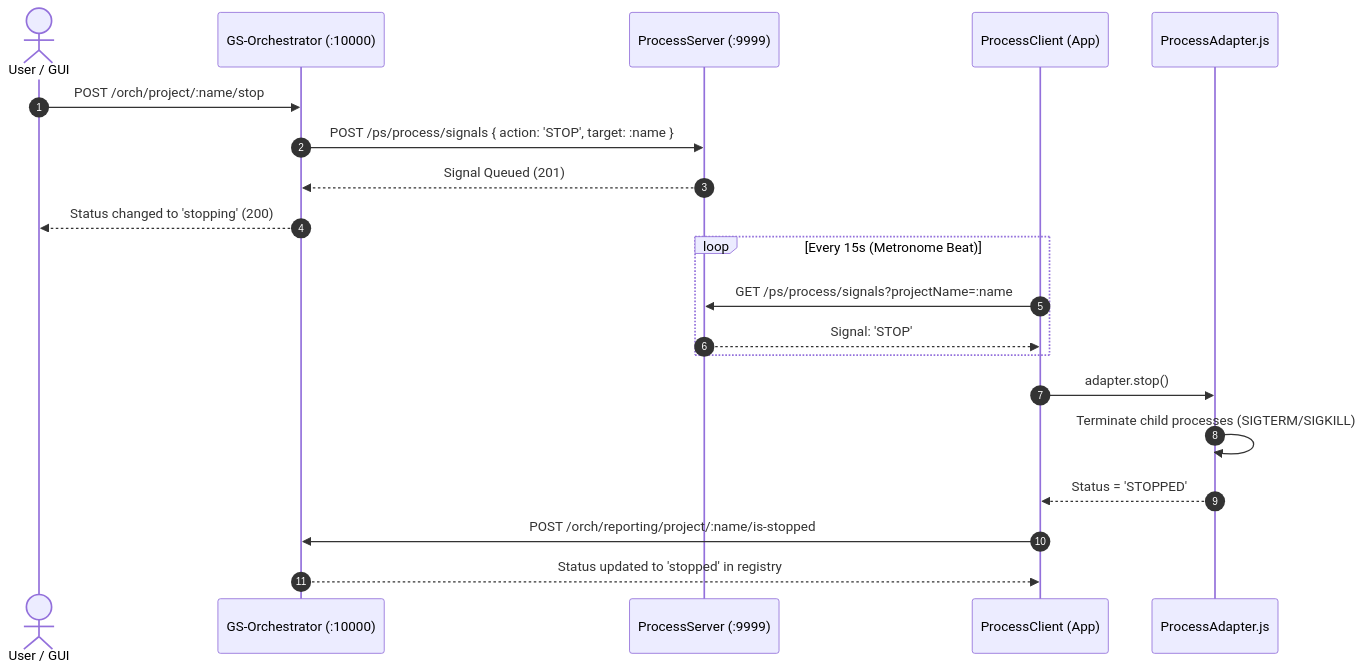
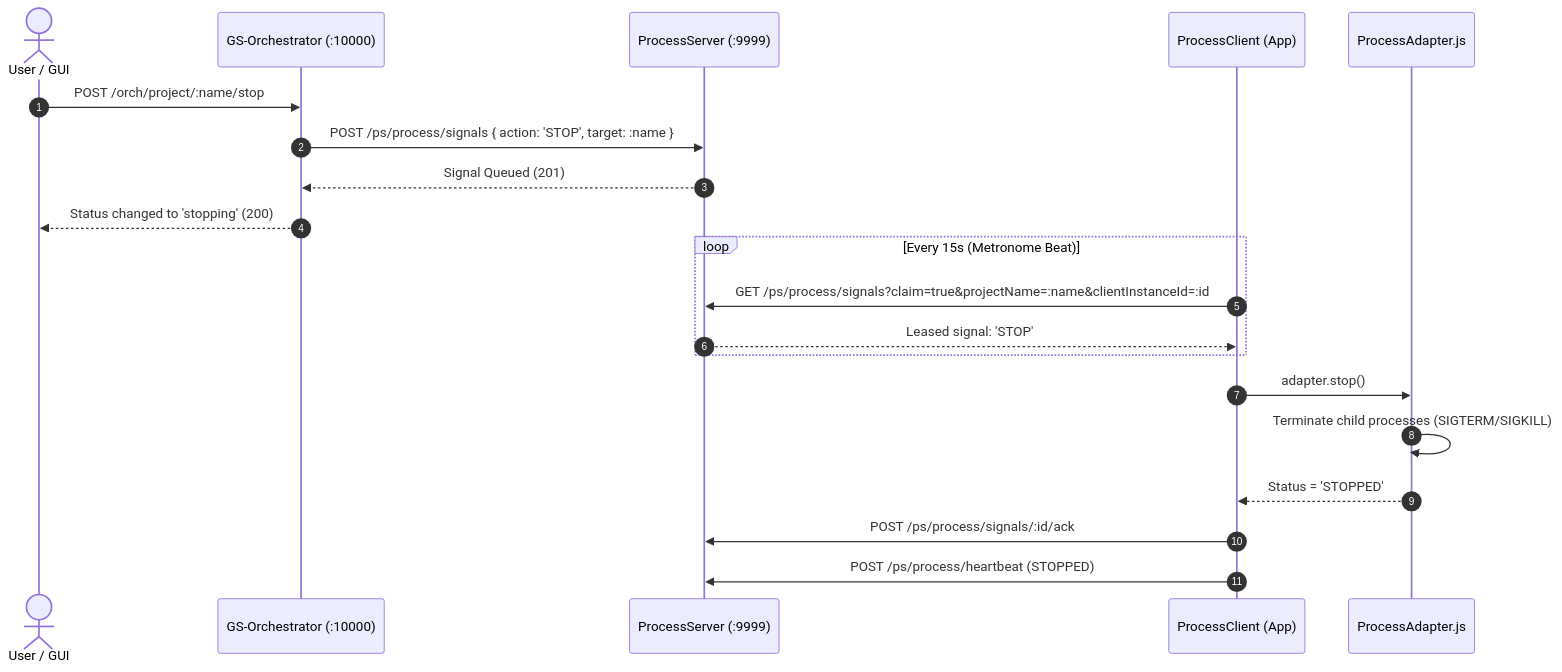
The second of 4 diagrams in architecture/today.md (carltham/GS-Orchestrator), drawn with Mermaid before and after one commit. The commit also changed other lines of this file and 23 other files, not shown here.

First line of the commit message:
feat(signals): add reliable leased command delivery

````diff
--- a/architecture/today.md
+++ b/architecture/today.md
@@ -82,25 +82,25 @@
 ```mermaid
 sequenceDiagram
     autonumber
     actor User as User / GUI
     participant Orch as GS-Orchestrator (:10000)
     participant PS as ProcessServer (:9999)
     participant Client as ProcessClient (App)
     participant Adapter as ProcessAdapter.js
 
     User->>Orch: POST /orch/project/:name/stop
     Orch->>PS: POST /ps/process/signals { action: 'STOP', target: :name }
     PS-->>Orch: Signal Queued (201)
     Orch-->>User: Status changed to 'stopping' (200)
 
     loop Every 15s (Metronome Beat)
-        Client->>PS: GET /ps/process/signals?projectName=:name
-        PS-->>Client: Signal: 'STOP'
+        Client->>PS: GET /ps/process/signals?claim=true&projectName=:name&clientInstanceId=:id
+        PS-->>Client: Leased signal: 'STOP'
     end
 
     Client->>Adapter: adapter.stop()
     Adapter->>Adapter: Terminate child processes (SIGTERM/SIGKILL)
     Adapter-->>Client: Status = 'STOPPED'
-    Client->>Orch: POST /orch/reporting/project/:name/is-stopped
-    Orch-->>Client: Status updated to 'stopped' in registry
+    Client->>PS: POST /ps/process/signals/:id/ack
+    Client->>PS: POST /ps/process/heartbeat (STOPPED)
 ```
````
